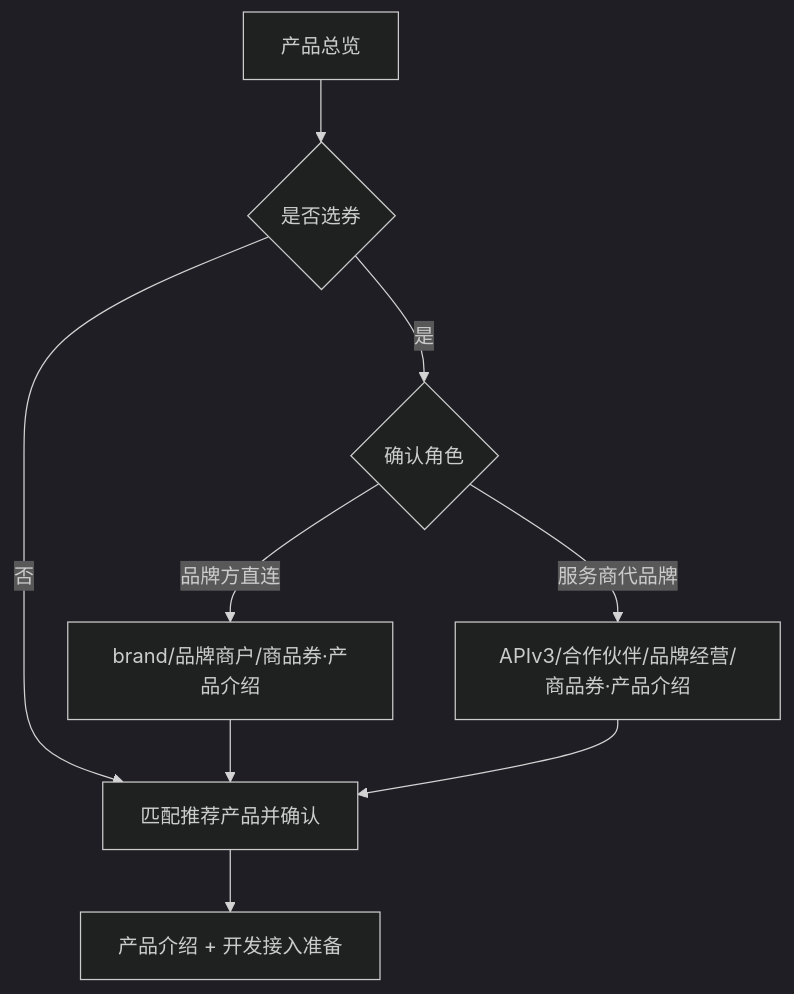
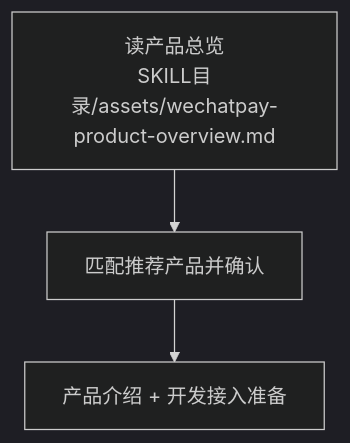
The second of 2 diagrams in wechatpay-payment-integration/SKILL.md (wechatpay-apiv3/wechatpay-skills), drawn with Mermaid (dark theme) before and after one commit. The commit also changed other lines of this file and 13 other files, not shown here.

````diff
--- a/wechatpay-payment-integration/SKILL.md
+++ b/wechatpay-payment-integration/SKILL.md
@@ -114,11 +117,5 @@
 ```mermaid
 flowchart TD
-  A[产品总览] --> B{是否选券}
-  B -->|否| C[匹配推荐产品并确认]
-  B -->|是| R{确认角色}
-  R -->|品牌方直连| D1[brand/品牌商户/商品券·产品介绍]
-  R -->|服务商代品牌| D2[APIv3/合作伙伴/品牌经营/商品券·产品介绍]
-  D1 --> C
-  D2 --> C
-  C --> E[产品介绍 + 开发接入准备]
+  A["读产品总览<br/>SKILL目录/assets/wechatpay-product-overview.md"] --> B[匹配推荐产品并确认]
+  B --> C[产品介绍 + 开发接入准备]
 ```
````
